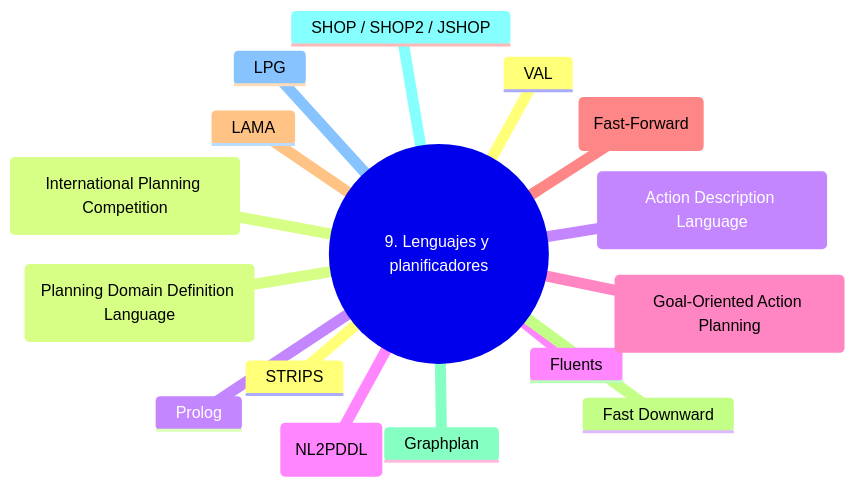
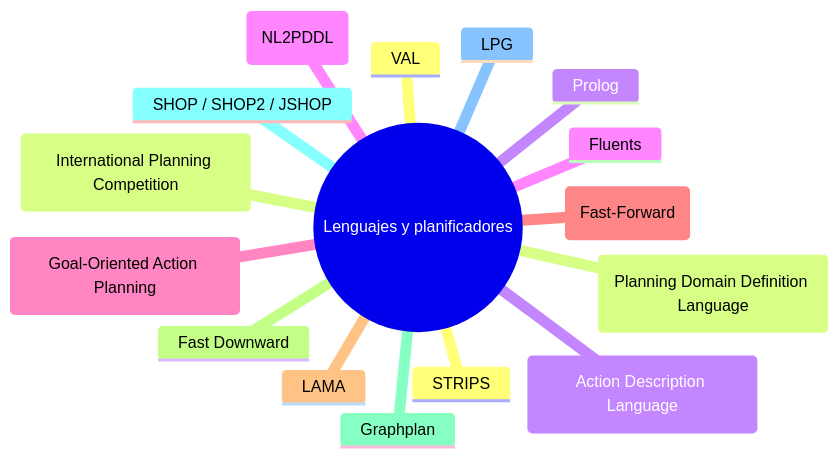
One commit to rgglez/rgglez-website changed the ninth of 17 diagrams in src/src/data/blog/2026/05/es/glosario-razonamiento-planificacion.mdx. Above: the diagram before and after it, drawn with Mermaid. The commit also changed other lines of this file and 42 other files, not shown here.

````diff
--- a/src/src/data/blog/2026/05/es/glosario-razonamiento-planificacion.mdx
+++ b/src/src/data/blog/2026/05/es/glosario-razonamiento-planificacion.mdx
@@ -1000,19 +1014,19 @@
 ```mermaid
 mindmap
-  root((9. Lenguajes y planificadores))
+  root(("Lenguajes y planificadores"))
     STRIPS
     PDDL (Planning Domain Definition Language)
     ADL (Action Description Language)
     Fluents
     GOAP (Goal-Oriented Action Planning)
     FF (Fast-Forward)
     LAMA
     Fast Downward
     Graphplan
     SHOP / SHOP2 / JSHOP
     LPG
     VAL
     IPC (International Planning Competition)
     Prolog
     LLMs como planificadores (NL2PDDL)
 ```
````
